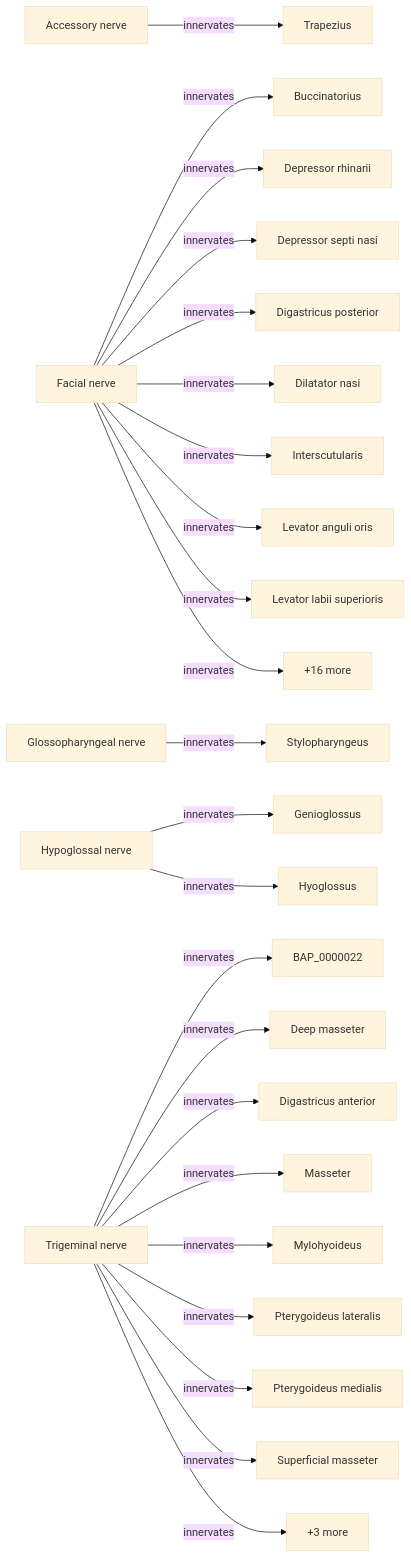
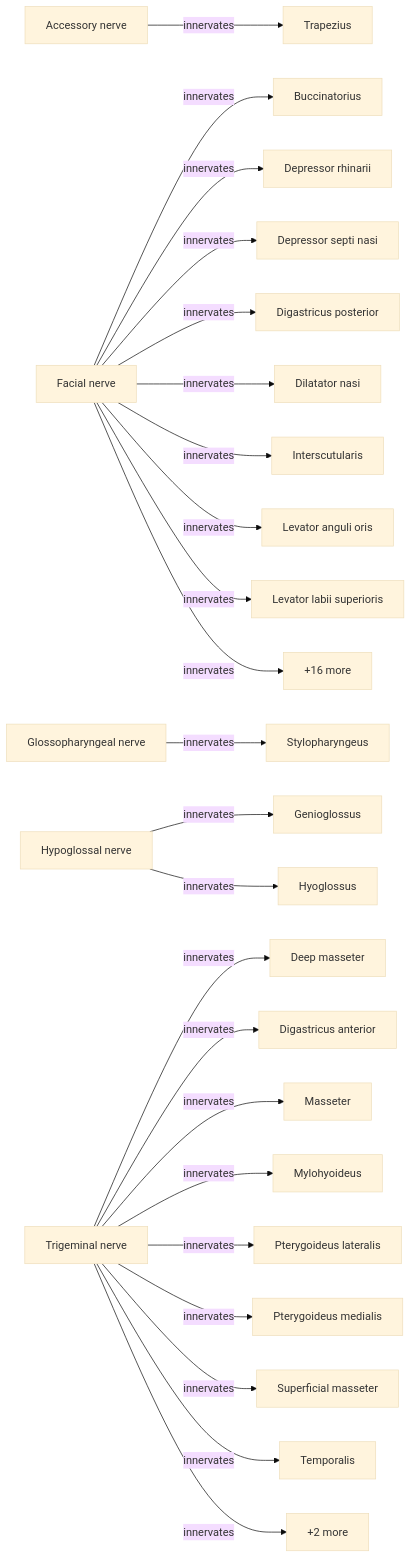
The first of 2 diagrams in README.md (MitraLab-Organization/bap-ontology-editor), drawn with Mermaid (base theme) before and after one commit. The commit also changed other lines of this file, not shown here.

````diff
--- a/README.md
+++ b/README.md
@@ -232,30 +232,30 @@
 ```mermaid
 graph LR
     Accessory_nerve[Accessory nerve]
     Accessory_nerve -->|innervates| Trapezius[Trapezius]
     Facial_nerve[Facial nerve]
     Facial_nerve -->|innervates| Buccinatorius[Buccinatorius]
     Facial_nerve -->|innervates| Depressor_rhinarii[Depressor rhinarii]
     Facial_nerve -->|innervates| Depressor_septi_nasi[Depressor septi nasi]
     Facial_nerve -->|innervates| Digastricus_posterior[Digastricus posterior]
     Facial_nerve -->|innervates| Dilatator_nasi[Dilatator nasi]
     Facial_nerve -->|innervates| Interscutularis[Interscutularis]
     Facial_nerve -->|innervates| Levator_anguli_oris[Levator anguli oris]
     Facial_nerve -->|innervates| Levator_labii_superioris[Levator labii superioris]
     Facial_nerve -->|innervates| Facial_nerve_more[+16 more]
     Glossopharyngeal_nerve[Glossopharyngeal nerve]
     Glossopharyngeal_nerve -->|innervates| Stylopharyngeus[Stylopharyngeus]
     Hypoglossal_nerve[Hypoglossal nerve]
     Hypoglossal_nerve -->|innervates| Genioglossus[Genioglossus]
     Hypoglossal_nerve -->|innervates| Hyoglossus[Hyoglossus]
     Trigeminal_nerve[Trigeminal nerve]
-    Trigeminal_nerve -->|innervates| BAP_0000022[BAP_0000022]
     Trigeminal_nerve -->|innervates| Deep_masseter[Deep masseter]
     Trigeminal_nerve -->|innervates| Digastricus_anterior[Digastricus anterior]
     Trigeminal_nerve -->|innervates| Masseter[Masseter]
     Trigeminal_nerve -->|innervates| Mylohyoideus[Mylohyoideus]
     Trigeminal_nerve -->|innervates| Pterygoideus_lateralis[Pterygoideus lateralis]
     Trigeminal_nerve -->|innervates| Pterygoideus_medialis[Pterygoideus medialis]
     Trigeminal_nerve -->|innervates| Superficial_masseter[Superficial masseter]
-    Trigeminal_nerve -->|innervates| Trigeminal_nerve_more[+3 more]
+    Trigeminal_nerve -->|innervates| Temporalis[Temporalis]
+    Trigeminal_nerve -->|innervates| Trigeminal_nerve_more[+2 more]
 ```
````
